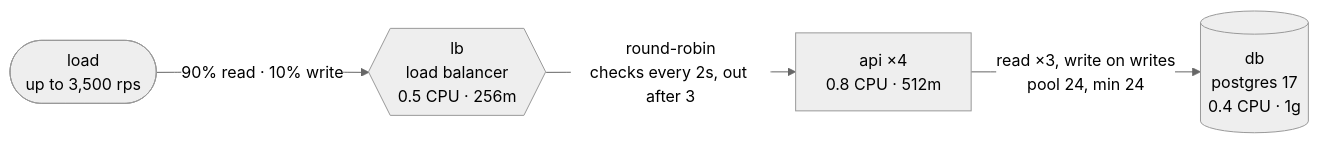
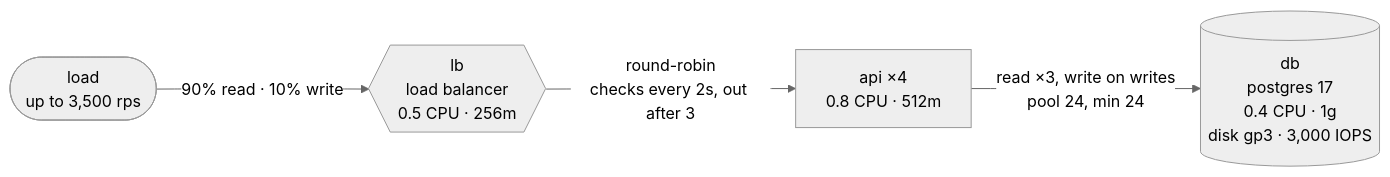
The diagram in scenarios/when-to-scale-your-database/README.md (akinfemi/load-lore), drawn with Mermaid (neutral theme) before and after one commit. The commit also changed 125 other files, not shown here.

````diff
--- a/scenarios/when-to-scale-your-database/README.md
+++ b/scenarios/when-to-scale-your-database/README.md
@@ -11,10 +11,10 @@
 ```mermaid
 flowchart LR
     load(["load<br/>up to 3,500 rps"])
     lb{{"lb<br/>load balancer<br/>0.5 CPU · 256m"}}
     api["api ×4<br/>0.8 CPU · 512m"]
-    db[("db<br/>postgres 17<br/>0.4 CPU · 1g")]
+    db[("db<br/>postgres 17<br/>0.4 CPU · 1g<br/>disk gp3 · 3,000 IOPS")]
     load -->|"90% read · 10% write"| lb
     lb -->|"round-robin<br/>checks every 2s, out after 3"| api
     api -->|"read ×3, write on writes<br/>pool 24, min 24"| db
 ```
````
